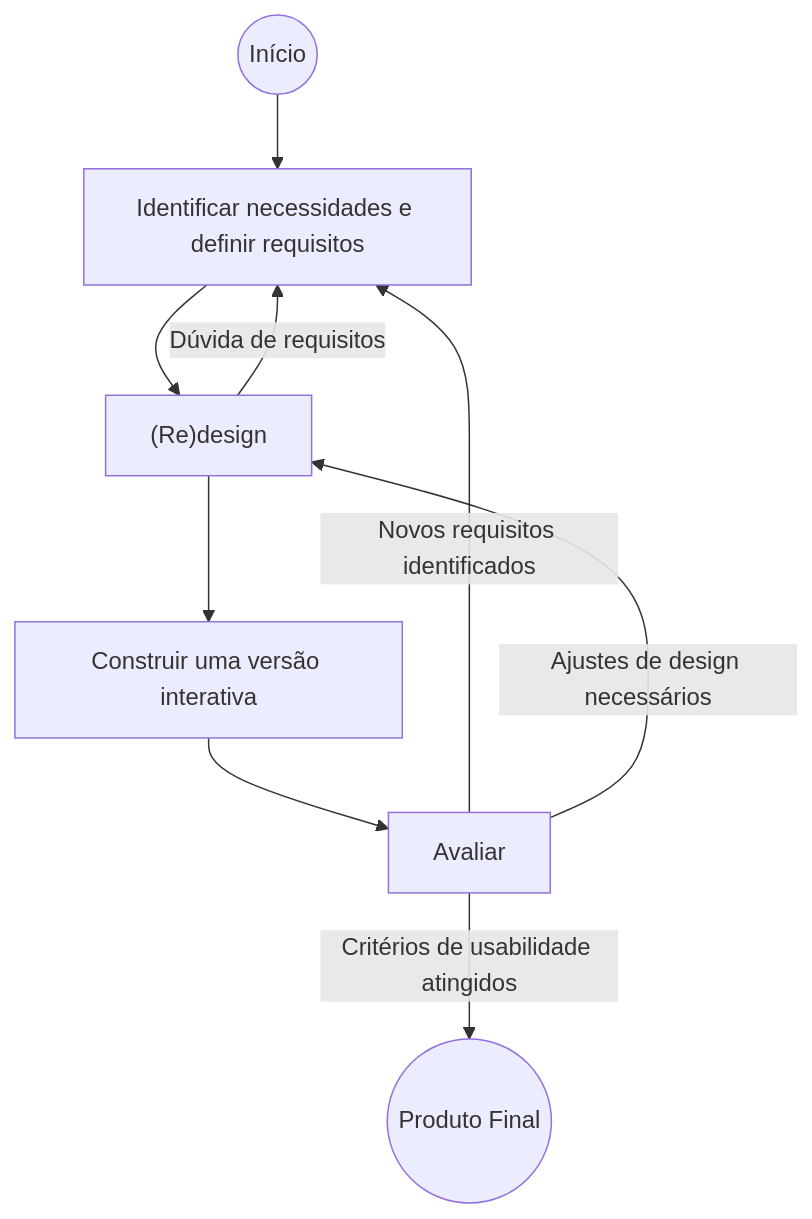
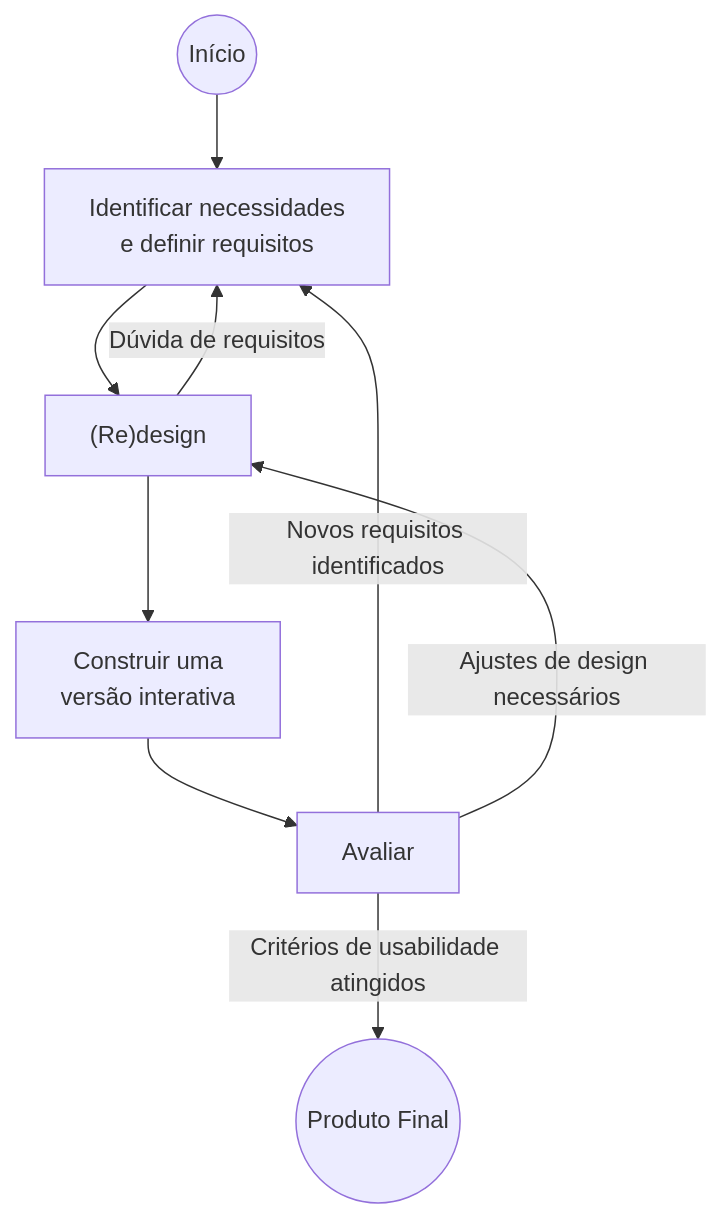
The second of 2 diagrams in 08. Design de Interacao/10. Envolvimento do usuário no design - projetar de modo independente, centrado ou participativo.md (leorruas/puc), drawn with Mermaid before and after one commit. The commit also changed 16 other files, not shown here.

Commit message:
style(mermaid): comprehensive audit and optimization of 45 Mermaid blocks across all 22 topic notes

````diff
--- a/08. Design de Interacao/10. Envolvimento do usuário no design - projetar de modo independente, centrado ou participativo.md
+++ b/08. Design de Interacao/10. Envolvimento do usuário no design - projetar de modo independente, centrado ou participativo.md
@@ -99,13 +99,13 @@
 ```mermaid
 graph TD
-    Start(("Início")) --> A["Identificar necessidades e definir requisitos"]
+    Start(("Início")) --> A["Identificar necessidades<br>e definir requisitos"]
     A --> B["(Re)design"]
-    B --> C["Construir uma versão interativa"]
+    B --> C["Construir uma<br>versão interativa"]
     C --> D["Avaliar"]
     
     D -->|Novos requisitos identificados| A
     D -->|Ajustes de design necessários| B
     B -->|Dúvida de requisitos| A
     
     D -->|Critérios de usabilidade atingidos| End(("Produto Final"))
 ```
````
